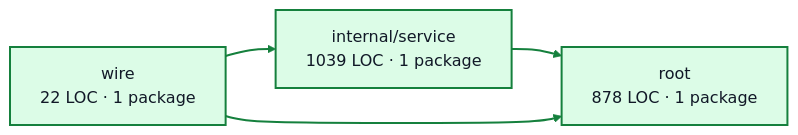
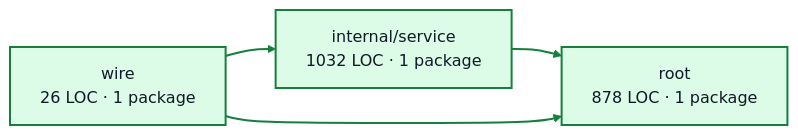
One commit to portpowered/you-agent-factory changed the diagram in docs/architecture/visualizations/services/events.md. Above: the diagram before and after it, drawn with Mermaid. The commit also changed other lines of this file and 20 other files, not shown here.

Commit message:
docs: refresh backend architecture visualizations

````diff
--- a/docs/architecture/visualizations/services/events.md
+++ b/docs/architecture/visualizations/services/events.md
@@ -11,13 +11,13 @@
 ```mermaid
 flowchart LR
-  p0["internal/service<br/>1039 LOC · 1 package"]
+  p0["internal/service<br/>1032 LOC · 1 package"]
   p1["root<br/>878 LOC · 1 package"]
-  p2["wire<br/>22 LOC · 1 package"]
+  p2["wire<br/>26 LOC · 1 package"]
   p0 --> p1
   p2 --> p0
   p2 --> p1
   style p0 fill:#dcfce7,stroke:#15803d,stroke-width:2px,color:#111827
   style p1 fill:#dcfce7,stroke:#15803d,stroke-width:2px,color:#111827
   style p2 fill:#dcfce7,stroke:#15803d,stroke-width:2px,color:#111827
   linkStyle default stroke:#15803d,stroke-width:2px
 ```
````
